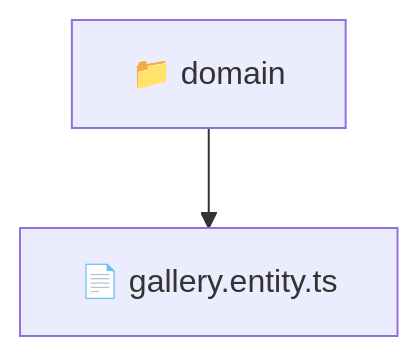
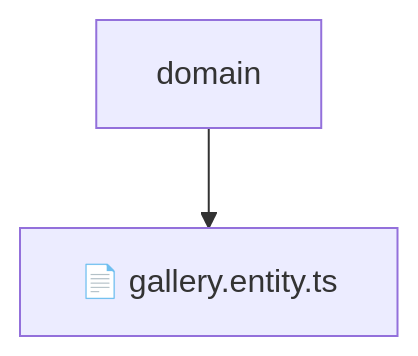
Before and after one commit to beginwebdev2002/fullstack-mavluda: the diagram in backend/src/modules/gallery/domain/README.md, drawn with Mermaid. The commit also changed other lines of this file and 155 other files, not shown here.

````diff
--- a/backend/src/modules/gallery/domain/README.md
+++ b/backend/src/modules/gallery/domain/README.md
@@ -10,5 +14,5 @@
 ```mermaid
 graph TD
-  Root["📁 domain"]
-  Root --> galleryentityts["📄 gallery.entity.ts"]
+    Root[domain]
+    Root --> F0[📄 gallery.entity.ts]
 ```
````
